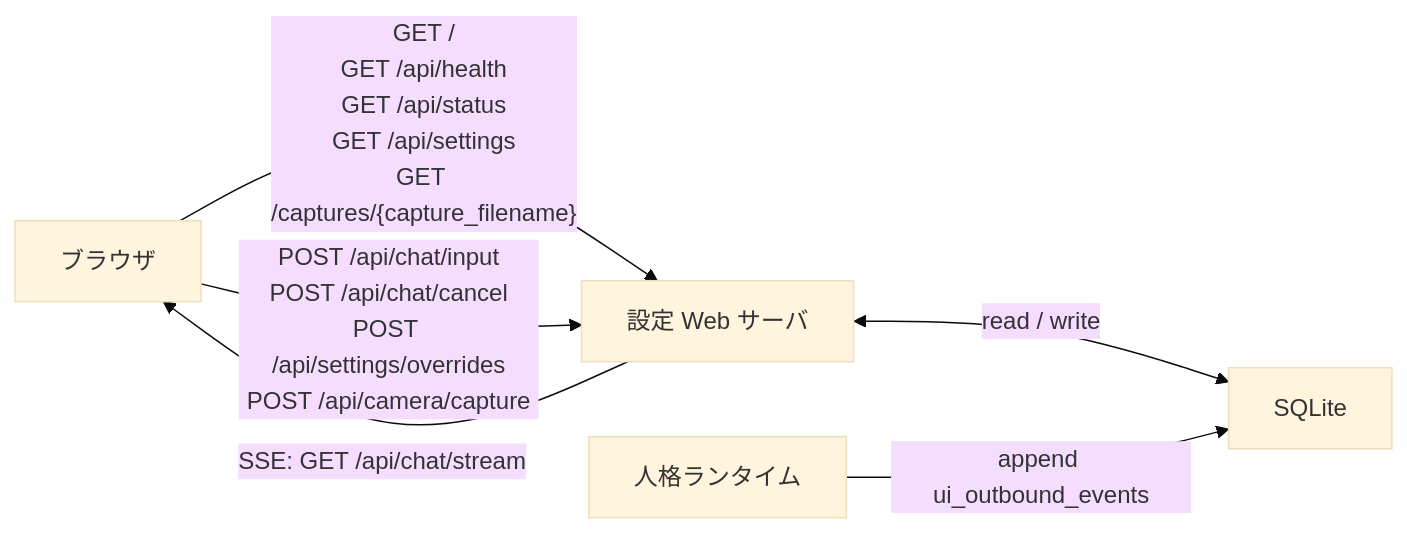
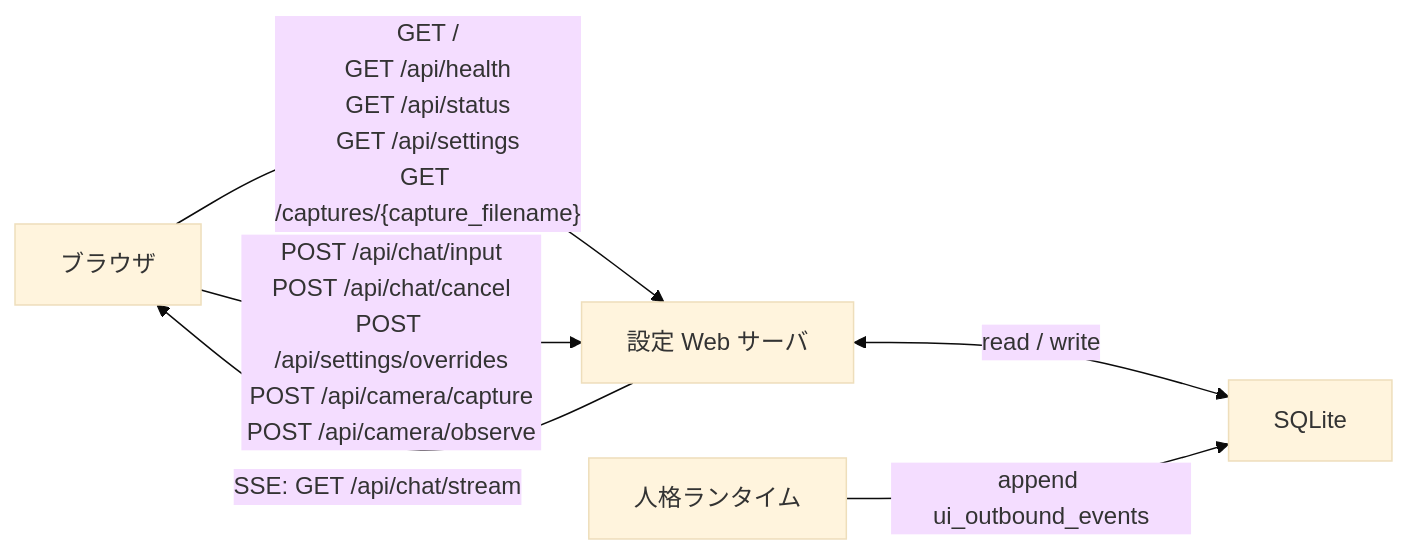
One commit to hirona98/OtomeKairo changed the diagram in docs/35_WebAPI仕様.md. Above: the diagram before and after it, drawn with Mermaid (base theme). The commit also changed other lines of this file and 6 other files, not shown here.

````diff
--- a/docs/35_WebAPI仕様.md
+++ b/docs/35_WebAPI仕様.md
@@ -89,8 +90,8 @@
 ```mermaid
 flowchart LR
     browser["ブラウザ"] -->|"GET /\nGET /api/health\nGET /api/status\nGET /api/settings\nGET /captures/{capture_filename}"| web["設定 Web サーバ"]
-    browser -->|"POST /api/chat/input\nPOST /api/chat/cancel\nPOST /api/settings/overrides\nPOST /api/camera/capture"| web
+    browser -->|"POST /api/chat/input\nPOST /api/chat/cancel\nPOST /api/settings/overrides\nPOST /api/camera/capture\nPOST /api/camera/observe"| web
     web <-->|read / write| db["SQLite"]
     runtime["人格ランタイム"] -->|"append ui_outbound_events"| db
     web -->|"SSE: GET /api/chat/stream"| browser
 ```
````
